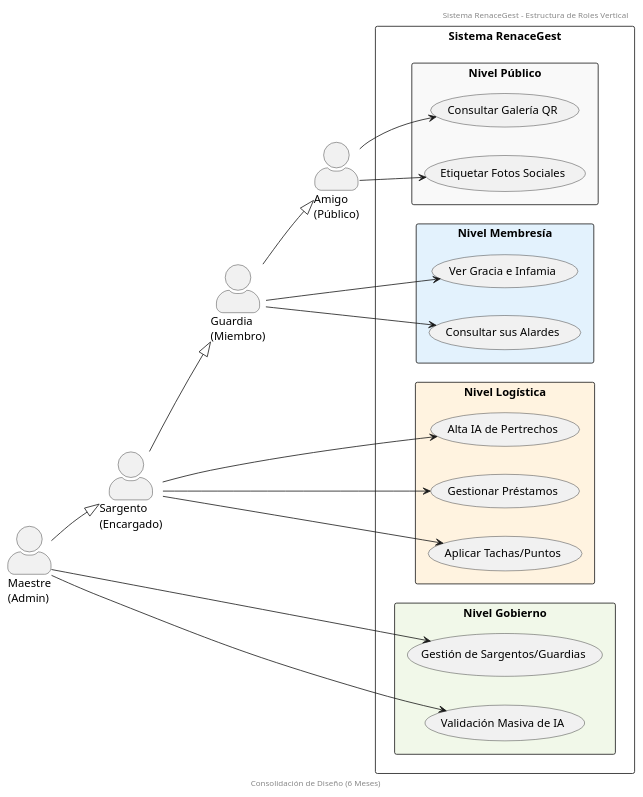
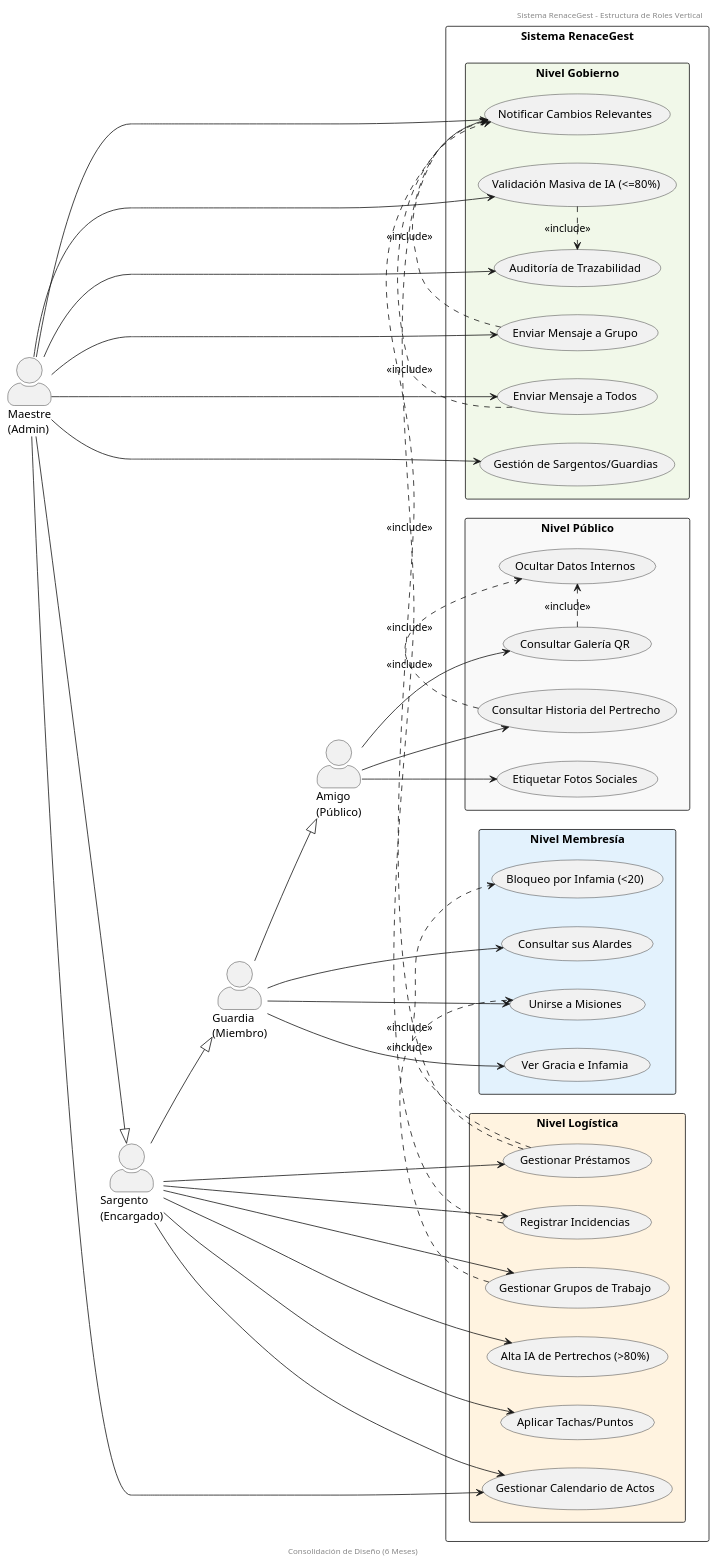
Before and after one commit to LuisRPAP/EntornosDesarrollo: the diagram in ProyectoEntornos/casosDeUsos.puml, drawn with PlantUML. The commit also changed 120 other files, not shown here.

```diff
--- a/ProyectoEntornos/casosDeUsos.puml
+++ b/ProyectoEntornos/casosDeUsos.puml
@@ -1,65 +1,96 @@
-@startuml
+@startuml casos_de_uso_renacegest
 ' Forzamos la dirección horizontal
 left to right direction
 skinparam actorStyle awesome
 skinparam shadowing false
 skinparam packageStyle rectangle
 
 header Sistema RenaceGest - Estructura de Roles Vertical
 footer Consolidación de Diseño (6 Meses)
 
 ' Definición de Actores alineados a la izquierda
 actor "Maestre\n(Admin)" as Maestre
 actor "Sargento\n(Encargado)" as Sargento
 actor "Guardia\n(Miembro)" as Guardia
 actor "Amigo\n(Público)" as Publico
 
 ' Truco para alineación vertical perfecta a la izquierda
 Maestre -[hidden]down- Sargento
 Sargento -[hidden]down- Guardia
 Guardia -[hidden]down- Publico
 
 ' Jerarquía de herencia (las flechas indican quién es quién)
 Maestre --|> Sargento
 Sargento --|> Guardia
 Guardia --|> Publico
 
 rectangle "Sistema RenaceGest" {
   
   package "Nivel Público" #F9F9F9 {
     usecase "Consultar Galería QR" as UC1
+    usecase "Consultar Historia del Pertrecho" as UC14
     usecase "Etiquetar Fotos Sociales" as UC2
+    usecase "Ocultar Datos Internos" as UC15
   }
 
   package "Nivel Membresía" #E3F2FD {
     usecase "Ver Gracia e Infamia" as UC3
     usecase "Consultar sus Alardes" as UC4
+    usecase "Bloqueo por Infamia (<20)" as UC16
+    usecase "Unirse a Misiones" as UC17
   }
 
   package "Nivel Logística" #FFF3E0 {
-    usecase "Alta IA de Pertrechos" as UC5
+    usecase "Alta IA de Pertrechos (>80%)" as UC5
     usecase "Gestionar Préstamos" as UC6
     usecase "Aplicar Tachas/Puntos" as UC7
+    usecase "Registrar Incidencias" as UC10
+    usecase "Gestionar Calendario de Actos" as UC11
+    usecase "Gestionar Grupos de Trabajo" as UC18
   }
   
   package "Nivel Gobierno" #F1F8E9 {
     usecase "Gestión de Sargentos/Guardias" as UC8
-    usecase "Validación Masiva de IA" as UC9
+    usecase "Validación Masiva de IA (<=80%)" as UC9
+    usecase "Auditoría de Trazabilidad" as UC12
+    usecase "Notificar Cambios Relevantes" as UC13
+    usecase "Enviar Mensaje a Grupo" as UC19
+    usecase "Enviar Mensaje a Todos" as UC20
   }
 }
 
 ' Conexiones a los niveles mínimos
 Publico --> UC1
+Publico --> UC14
 Publico --> UC2
 
 Guardia --> UC3
 Guardia --> UC4
+Guardia --> UC17
 
 Sargento --> UC5
 Sargento --> UC6
 Sargento --> UC7
+Sargento --> UC10
+Sargento --> UC11
+Sargento --> UC18
 
 Maestre --> UC8
 Maestre --> UC9
+Maestre --> UC11
+Maestre --> UC12
+Maestre --> UC13
+Maestre --> UC19
+Maestre --> UC20
+
+UC1 .> UC15 : <<include>>
+UC14 .> UC15 : <<include>>
+UC6 .> UC16 : <<include>>
+UC6 .> UC13 : <<include>>
+UC10 .> UC13 : <<include>>
+UC9 .> UC12 : <<include>>
+UC18 .> UC17 : <<include>>
+UC19 .> UC13 : <<include>>
+UC20 .> UC13 : <<include>>
 
 @enduml
```
